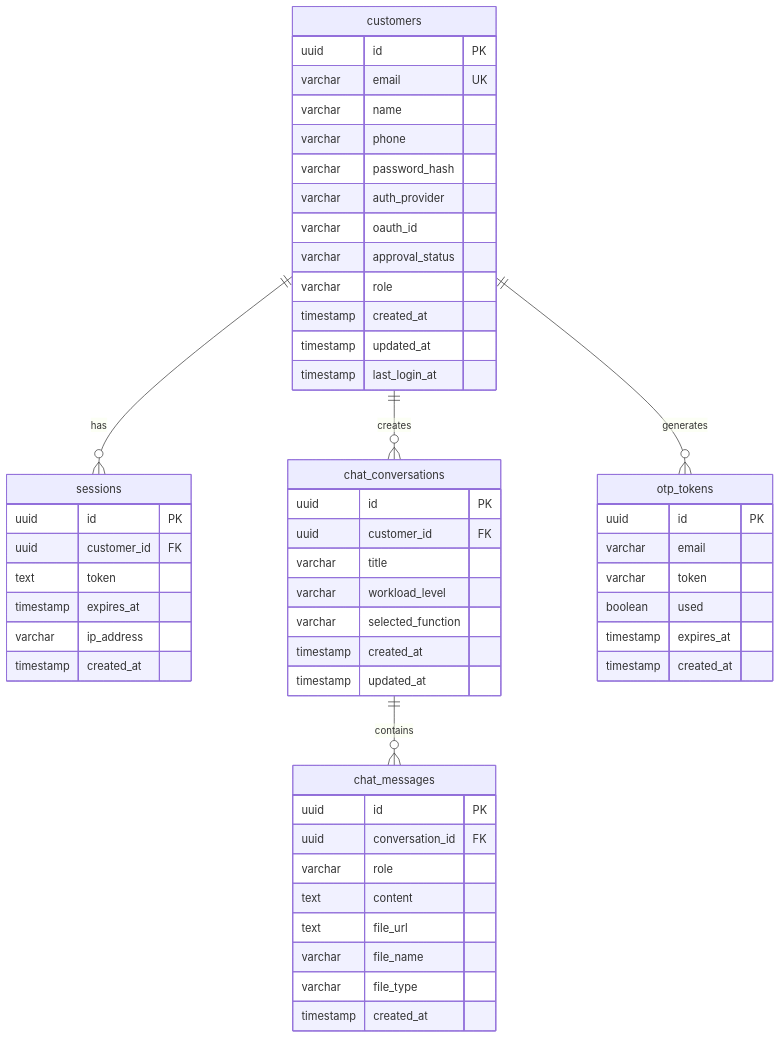
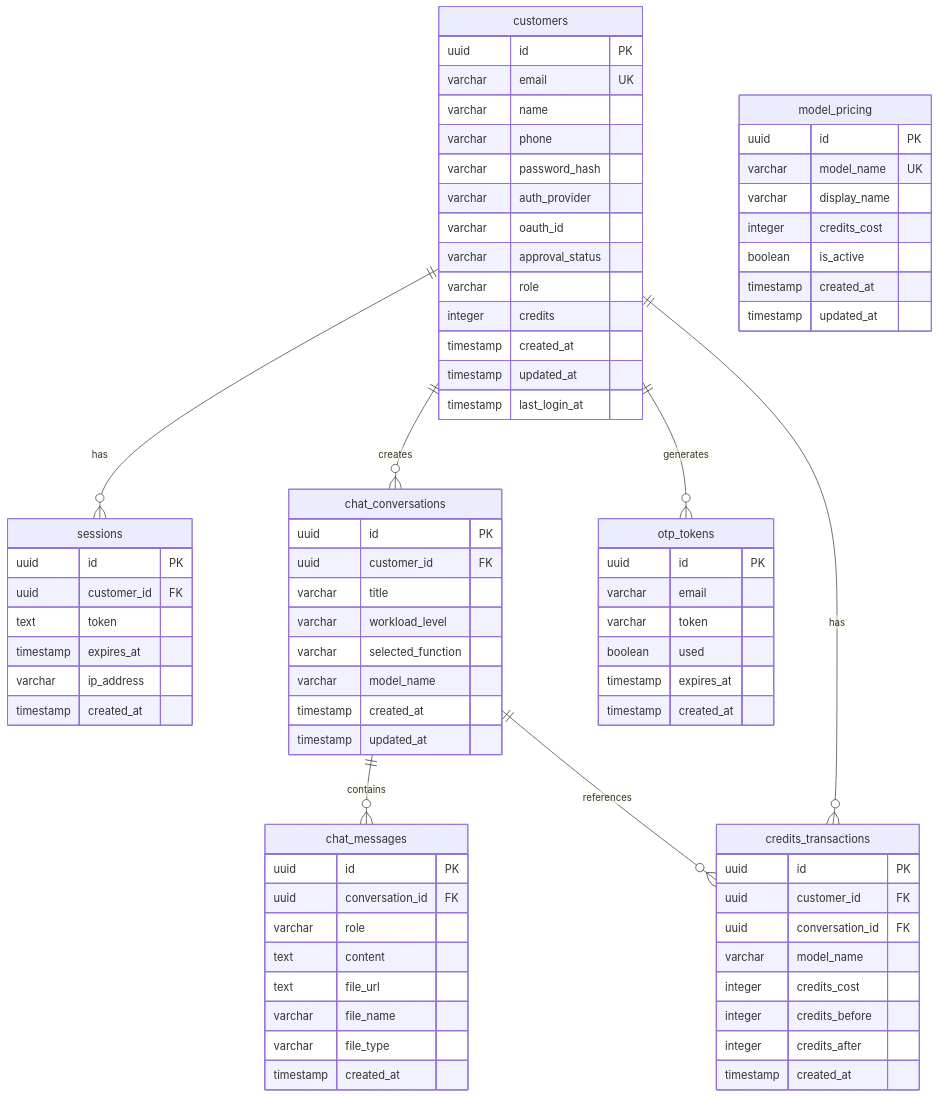
The seventh of 9 diagrams in ARCHITECTURE.md (qwerboy-design/Health-Care-Assistant), drawn with Mermaid before and after one commit. The commit also changed other lines of this file and 41 other files, not shown here.

Commit message:
docs: Integrate Credits system and model management into architecture documentation

```diff
--- a/ARCHITECTURE.md
+++ b/ARCHITECTURE.md
@@ -364,7 +422,9 @@
     customers ||--o{ sessions : "has"
     customers ||--o{ chat_conversations : "creates"
     customers ||--o{ otp_tokens : "generates"
+    customers ||--o{ credits_transactions : "has"
     chat_conversations ||--o{ chat_messages : "contains"
+    chat_conversations ||--o{ credits_transactions : "references"
     
     customers {
         uuid id PK
@@ -376,6 +436,7 @@
         varchar oauth_id
         varchar approval_status
         varchar role
+        integer credits
         timestamp created_at
         timestamp updated_at
         timestamp last_login_at
@@ -405,8 +466,30 @@
         varchar title
         varchar workload_level
         varchar selected_function
+        varchar model_name
         timestamp created_at
         timestamp updated_at
+    }
+    
+    model_pricing {
+        uuid id PK
+        varchar model_name UK
+        varchar display_name
+        integer credits_cost
+        boolean is_active
+        timestamp created_at
+        timestamp updated_at
+    }
+    
+    credits_transactions {
+        uuid id PK
+        uuid customer_id FK
+        uuid conversation_id FK
+        varchar model_name
+        integer credits_cost
+        integer credits_before
+        integer credits_after
+        timestamp created_at
     }
     
     chat_messages {
```
